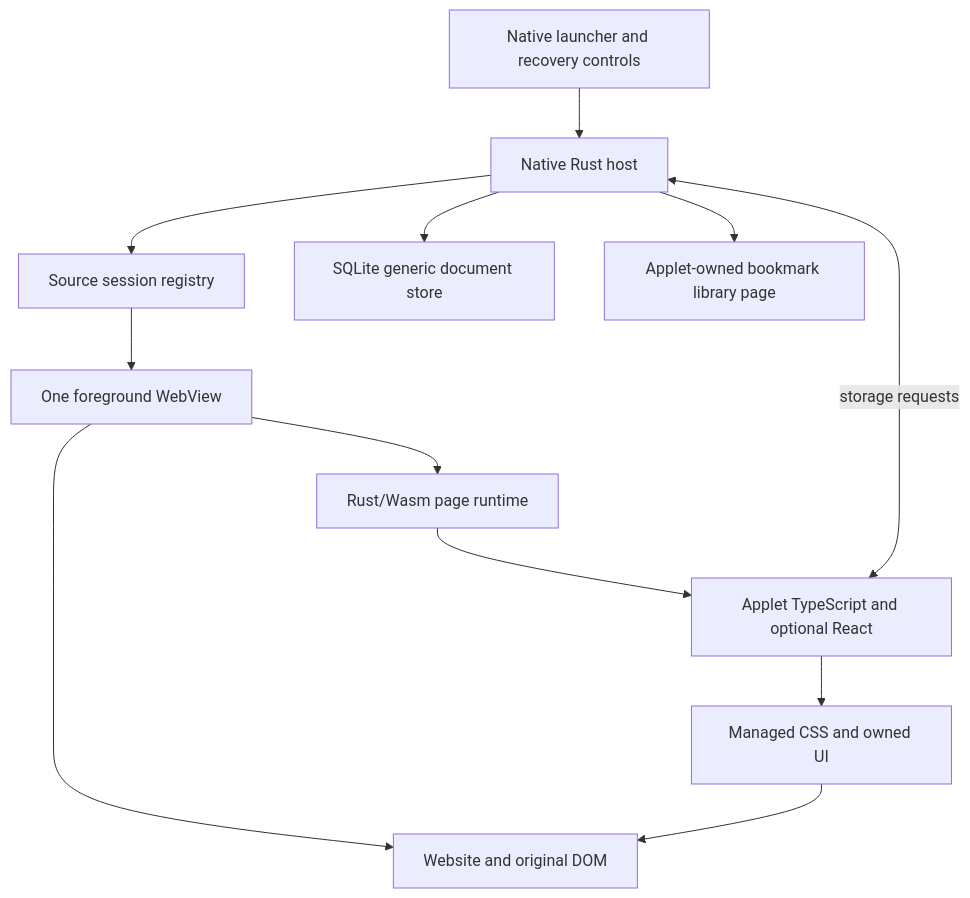
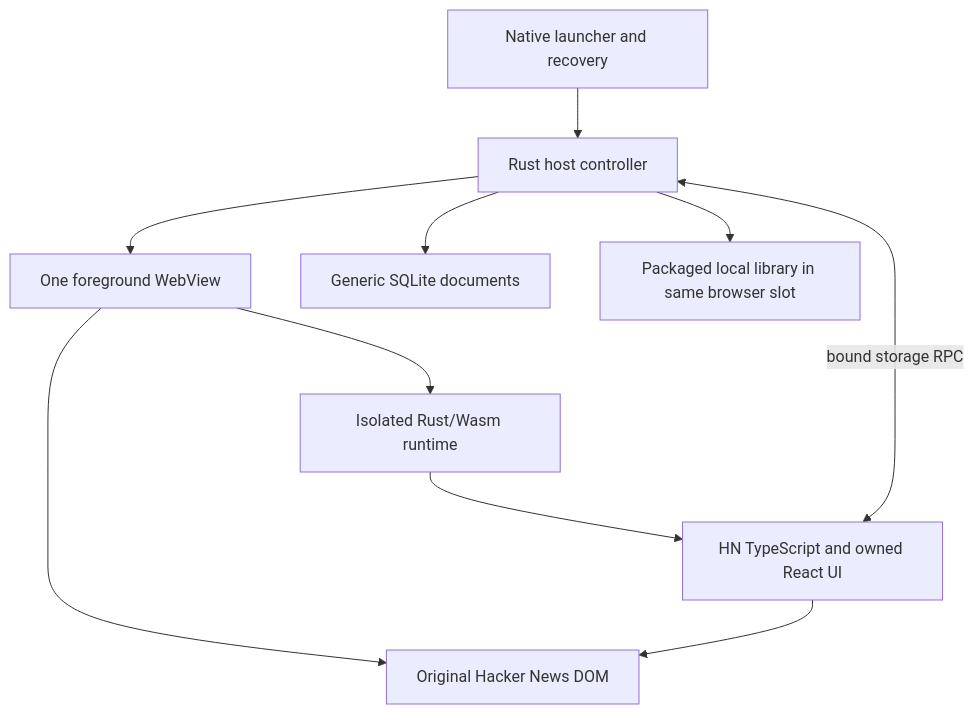
The diagram in .plans/2026-10-27/150238-genesis-mvp-implementation-plan.md (nirvanacp/genesis), drawn with Mermaid before and after one commit. The commit also changed other lines of this file and 10 other files, not shown here.

Commit message:
feat/(plans): focus the prototype and delivery prompts on Hacker News

````diff
--- a/.plans/2026-10-27/150238-genesis-mvp-implementation-plan.md
+++ b/.plans/2026-10-27/150238-genesis-mvp-implementation-plan.md
@@ -52,14 +48,12 @@
 ```mermaid
 flowchart TB
-    L[Native launcher and recovery controls] --> H[Native Rust host]
-    H --> S[Source session registry]
-    S --> W[One foreground WebView]
-    W --> P[Website and original DOM]
-    W --> R[Rust/Wasm page runtime]
-    R --> A[Applet TypeScript and optional React]
-    A --> E[Managed CSS and owned UI]
-    E --> P
-    A <-->|storage requests| H
-    H --> D[SQLite generic document store]
-    H --> B[Applet-owned bookmark library page]
+  Native[Native launcher and recovery] --> Host[Rust host controller]
+  Host --> View[One foreground WebView]
+  View --> Site[Original Hacker News DOM]
+  View --> Runtime[Isolated Rust/Wasm runtime]
+  Runtime --> Applet[HN TypeScript and owned React UI]
+  Applet --> Site
+  Applet <-->|bound storage RPC| Host
+  Host --> DB[Generic SQLite documents]
+  Host --> Library[Packaged local library in same browser slot]
 ```
````
